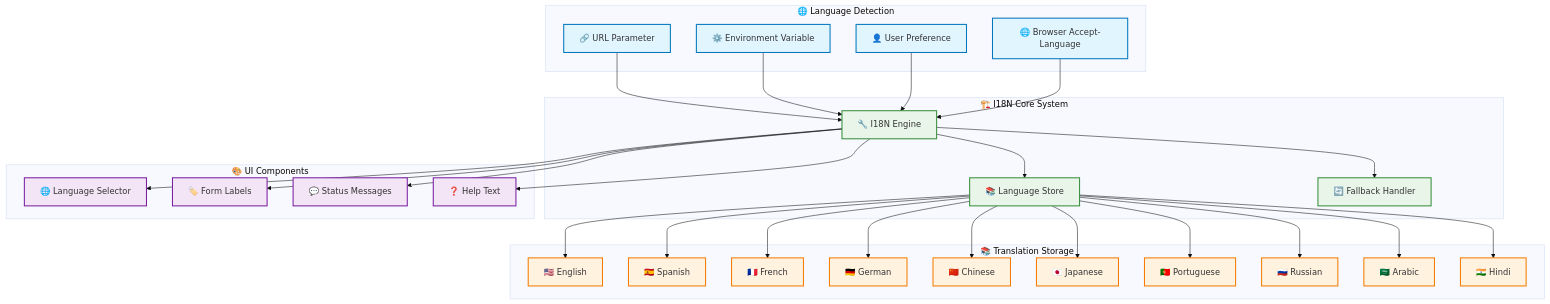
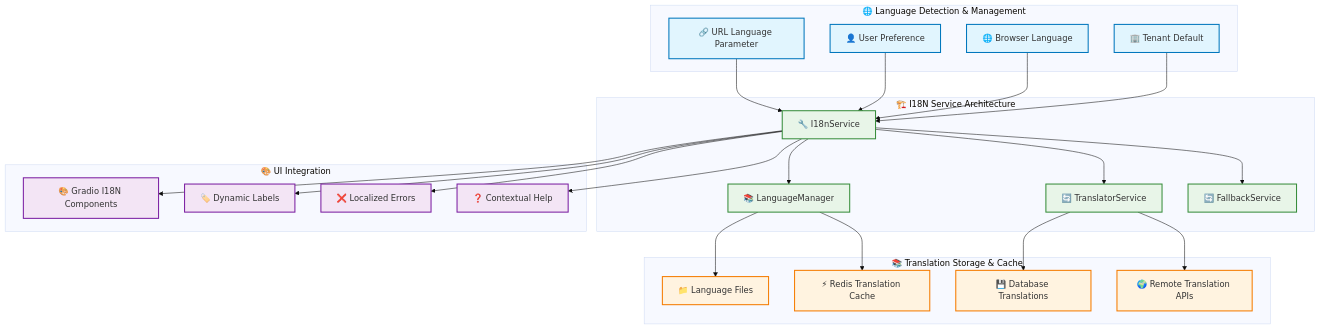
One commit to MakerCorn/ai-prompt-manager changed diagram 12 of 16 in ARCHITECTURE.md. Above: the diagram before and after it, drawn with Mermaid (base theme). The commit also changed other lines of this file and 39 other files, not shown here.

````diff
--- a/ARCHITECTURE.md
+++ b/ARCHITECTURE.md
@@ -718,69 +764,59 @@
 ```mermaid
 graph TB
-    subgraph "🌐 Language Detection"
-        URL_PARAM[🔗 URL Parameter]
-        ENV_VAR[⚙️ Environment Variable]
+    subgraph "🌐 Language Detection & Management"
+        URL_LANG[🔗 URL Language Parameter]
         USER_PREF[👤 User Preference]
-        BROWSER[🌐 Browser Accept-Language]
+        BROWSER_LANG[🌐 Browser Language]
+        TENANT_DEFAULT[🏢 Tenant Default]
     end
 
-    subgraph "🏗️ I18N Core System"
-        I18N_ENGINE[🔧 I18N Engine]
-        LANG_STORE[📚 Language Store]
-        FALLBACK[🔄 Fallback Handler]
+    subgraph "🏗️ I18N Service Architecture"
+        I18N_SERVICE[🔧 I18nService]
+        LANG_MANAGER[📚 LanguageManager]
+        TRANSLATOR_SVC[🔄 TranslatorService]
+        FALLBACK_SVC[🔄 FallbackService]
     end
 
-    subgraph "📚 Translation Storage"
-        EN[🇺🇸 English]
-        ES[🇪🇸 Spanish]
-        FR[🇫🇷 French]
-        DE[🇩🇪 German]
-        ZH[🇨🇳 Chinese]
-        JA[🇯🇵 Japanese]
-        PT[🇵🇹 Portuguese]
-        RU[🇷🇺 Russian]
-        AR[🇸🇦 Arabic]
-        HI[🇮🇳 Hindi]
+    subgraph "📚 Translation Storage & Cache"
+        LANG_FILES[📁 Language Files]
+        REDIS_CACHE[⚡ Redis Translation Cache]
+        DB_TRANSLATIONS[💾 Database Translations]
+        REMOTE_API[🌍 Remote Translation APIs]
     end
 
-    subgraph "🎨 UI Components"
-        SELECTOR[🌐 Language Selector]
-        LABELS[🏷️ Form Labels]
-        MESSAGES[💬 Status Messages]
-        HELP[❓ Help Text]
+    subgraph "🎨 UI Integration"
+        GRADIO_I18N[🎨 Gradio I18N Components]
+        DYNAMIC_LABELS[🏷️ Dynamic Labels]
+        ERROR_MESSAGES[❌ Localized Errors]
+        HELP_TEXT[❓ Contextual Help]
     end
 
-    URL_PARAM --> I18N_ENGINE
-    ENV_VAR --> I18N_ENGINE
-    USER_PREF --> I18N_ENGINE
-    BROWSER --> I18N_ENGINE
+    URL_LANG --> I18N_SERVICE
+    USER_PREF --> I18N_SERVICE
+    BROWSER_LANG --> I18N_SERVICE
+    TENANT_DEFAULT --> I18N_SERVICE
     
-    I18N_ENGINE --> LANG_STORE
-    I18N_ENGINE --> FALLBACK
+    I18N_SERVICE --> LANG_MANAGER
+    I18N_SERVICE --> TRANSLATOR_SVC
+    I18N_SERVICE --> FALLBACK_SVC
     
-    LANG_STORE --> EN
-    LANG_STORE --> ES
-    LANG_STORE --> FR
-    LANG_STORE --> DE
-    LANG_STORE --> ZH
-    LANG_STORE --> JA
-    LANG_STORE --> PT
-    LANG_STORE --> RU
-    LANG_STORE --> AR
-    LANG_STORE --> HI
+    LANG_MANAGER --> LANG_FILES
+    LANG_MANAGER --> REDIS_CACHE
+    TRANSLATOR_SVC --> DB_TRANSLATIONS
+    TRANSLATOR_SVC --> REMOTE_API
     
-    I18N_ENGINE --> SELECTOR
-    I18N_ENGINE --> LABELS
-    I18N_ENGINE --> MESSAGES
-    I18N_ENGINE --> HELP
+    I18N_SERVICE --> GRADIO_I18N
+    I18N_SERVICE --> DYNAMIC_LABELS
+    I18N_SERVICE --> ERROR_MESSAGES
+    I18N_SERVICE --> HELP_TEXT
 
     classDef detection fill:#e1f5fe,stroke:#0277bd,stroke-width:2px
-    classDef core fill:#e8f5e8,stroke:#388e3c,stroke-width:2px
+    classDef service fill:#e8f5e8,stroke:#388e3c,stroke-width:2px
     classDef storage fill:#fff3e0,stroke:#f57c00,stroke-width:2px
     classDef ui fill:#f3e5f5,stroke:#7b1fa2,stroke-width:2px
 
-    class URL_PARAM,ENV_VAR,USER_PREF,BROWSER detection
-    class I18N_ENGINE,LANG_STORE,FALLBACK core
-    class EN,ES,FR,DE,ZH,JA,PT,RU,AR,HI storage
-    class SELECTOR,LABELS,MESSAGES,HELP ui
+    class URL_LANG,USER_PREF,BROWSER_LANG,TENANT_DEFAULT detection
+    class I18N_SERVICE,LANG_MANAGER,TRANSLATOR_SVC,FALLBACK_SVC service
+    class LANG_FILES,REDIS_CACHE,DB_TRANSLATIONS,REMOTE_API storage
+    class GRADIO_I18N,DYNAMIC_LABELS,ERROR_MESSAGES,HELP_TEXT ui
 ```
````
